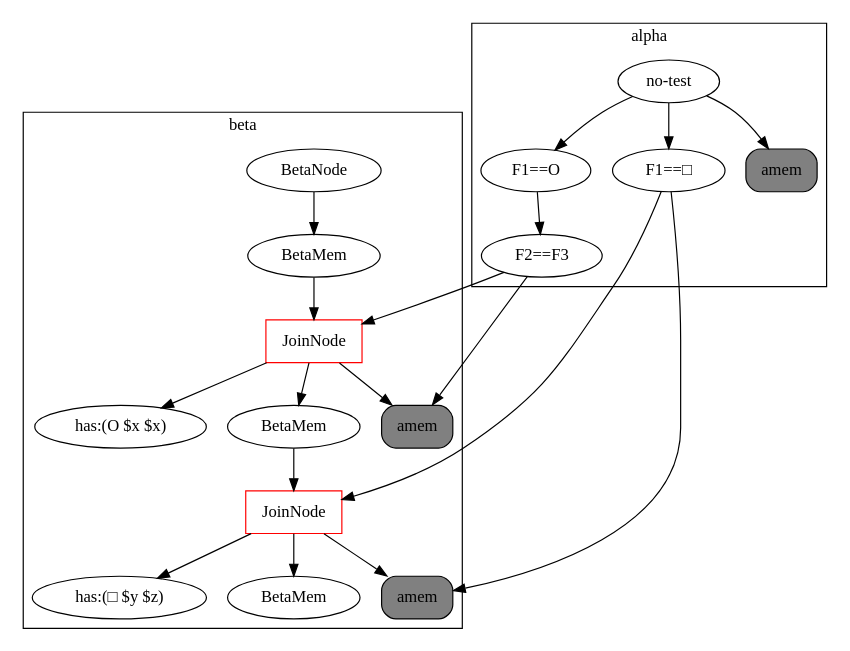
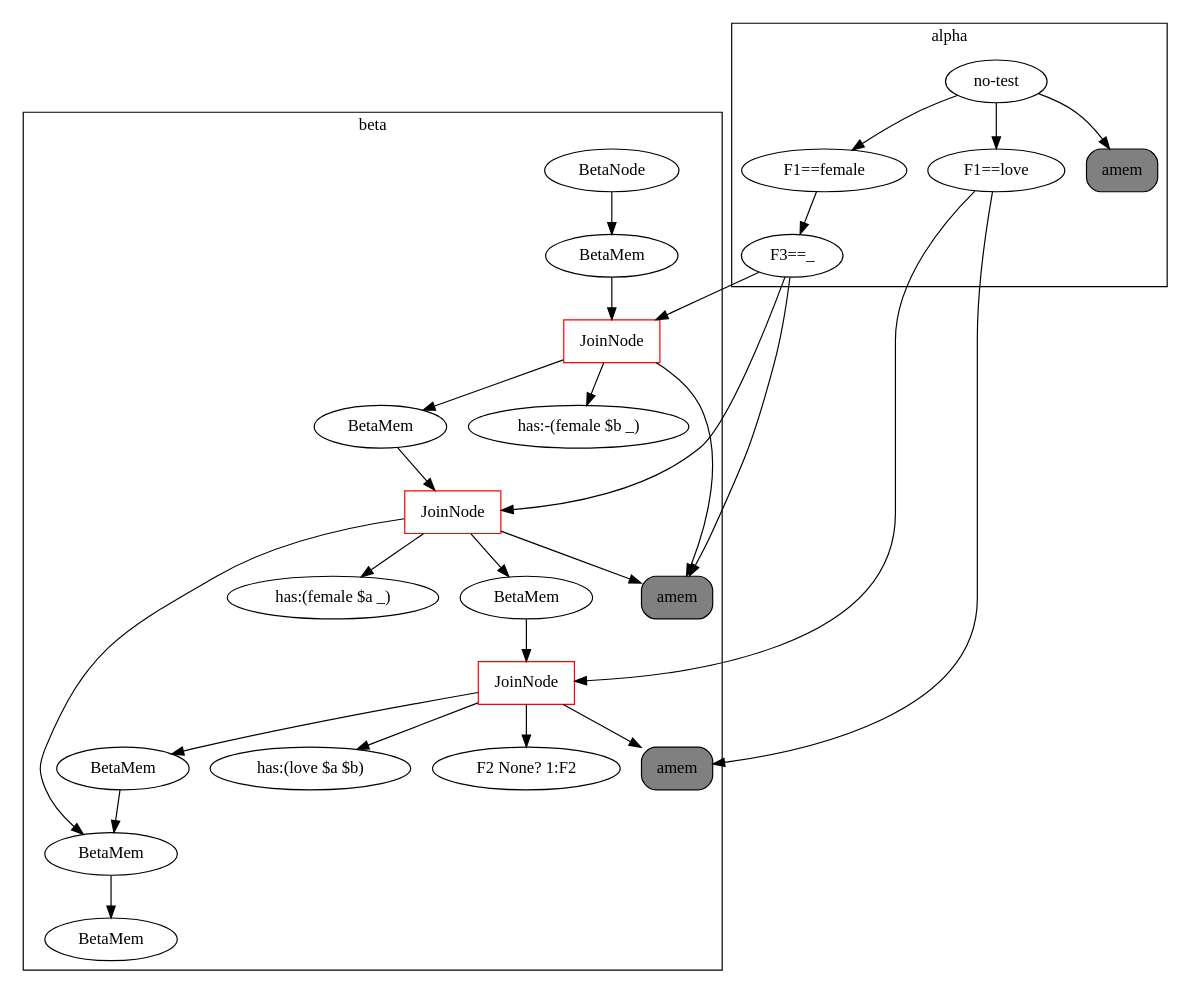
The diagram in genifer6/rete.dot (Cybernetic1/python), drawn with Graphviz before and after one commit. The commit also changed 3 other files, not shown here.

```diff
--- a/genifer6/rete.dot
+++ b/genifer6/rete.dot
@@ -1,36 +1,50 @@
 digraph {
 	subgraph cluster_1 {
 	label = beta
-	"BetaNode 140164080520104" [label="BetaNode"];
-	"BetaMemory 140164080634008" [label="BetaMem"];
-	"BetaNode 140164080520104" -> "BetaMemory 140164080634008";
-	"JoinNode 140164080634288" [label="BetaMem"];
-	"BetaMemory 140164080634008" -> "JoinNode 140164080634288";
-	"JoinNode 140164080634288" [shape=box, color=red, label="JoinNode"];
-	"JoinNode 140164080634288" -> "amem:<rete.alpha.AlphaMemory object at 0x7f7a7e3c8978>"
-	"JoinNode 140164080634288" -> "has:(O $x $x)"
-	"BetaMemory 140164080634344" [label="BetaMem"];
-	"JoinNode 140164080634288" -> "BetaMemory 140164080634344";
-	"JoinNode 140164080634512" [label="BetaMem"];
-	"BetaMemory 140164080634344" -> "JoinNode 140164080634512";
-	"JoinNode 140164080634512" [shape=box, color=red, label="JoinNode"];
-	"JoinNode 140164080634512" -> "amem:<rete.alpha.AlphaMemory object at 0x7f7a7e3c8a58>"
-	"JoinNode 140164080634512" -> "has:(□ $y $z)"
-	"PNode 140164080633952" [label="BetaMem"];
-	"JoinNode 140164080634512" -> "PNode 140164080633952";
+	"BetaNode 140610654359504" [label="BetaNode"];
+	"BetaMemory 140610654477504" [label="BetaMem"];
+	"BetaNode 140610654359504" -> "BetaMemory 140610654477504";
+	"JoinNode 140610654477784" [label="BetaMem"];
+	"BetaMemory 140610654477504" -> "JoinNode 140610654477784";
+	"JoinNode 140610654477784" [shape=box, color=red, label="JoinNode"];
+	"JoinNode 140610654477784" -> "amem:<rete.alpha.AlphaMemory object at 0x7fe2781c9da0>"
+	"JoinNode 140610654477784" -> "has:-(female $b _)"
+	"BetaMemory 140610654477840" [label="BetaMem"];
+	"JoinNode 140610654477784" -> "BetaMemory 140610654477840";
+	"JoinNode 140610654477896" [label="BetaMem"];
+	"BetaMemory 140610654477840" -> "JoinNode 140610654477896";
+	"JoinNode 140610654477896" [shape=box, color=red, label="JoinNode"];
+	"JoinNode 140610654477896" -> "amem:<rete.alpha.AlphaMemory object at 0x7fe2781c9da0>"
+	"JoinNode 140610654477896" -> "has:(female $a _)"
+	"BetaMemory 140610654478008" [label="BetaMem"];
+	"JoinNode 140610654477896" -> "BetaMemory 140610654478008";
+	"JoinNode 140610654478232" [label="BetaMem"];
+	"BetaMemory 140610654478008" -> "JoinNode 140610654478232";
+	"JoinNode 140610654478232" [shape=box, color=red, label="JoinNode"];
+	"JoinNode 140610654478232" -> "amem:<rete.alpha.AlphaMemory object at 0x7fe2781c9f28>"
+	"JoinNode 140610654478232" -> "has:(love $a $b)"
+	"JoinNode 140610654478232" -> "F2 None? 1:F2"
+	"NccPartnerNode 140610654478288" [label="BetaMem"];
+	"JoinNode 140610654478232" -> "NccPartnerNode 140610654478288";
+	"NccPartnerNode 140610654478288" -> "NccNode 140610654477952";
+	"NccNode 140610654477952" [label="BetaMem"];
+	"JoinNode 140610654477896" -> "NccNode 140610654477952";
+	"PNode 140610654477448" [label="BetaMem"];
+	"NccNode 140610654477952" -> "PNode 140610654477448";
 	}
 	subgraph cluster_0 {
 	label = alpha
-	"no-test" -> "F1==O";
-	"F1==O" -> "F2==F3";
-	"F2==F3" -> "amem:<rete.alpha.AlphaMemory object at 0x7f7a7e3c8978>";
-	"amem:<rete.alpha.AlphaMemory object at 0x7f7a7e3c8978>" [shape=box, style="rounded,filled", label="amem", fillcolor=gray];
-	"no-test" -> "F1==□";
-	"F1==□" -> "amem:<rete.alpha.AlphaMemory object at 0x7f7a7e3c8a58>";
-	"amem:<rete.alpha.AlphaMemory object at 0x7f7a7e3c8a58>" [shape=box, style="rounded,filled", label="amem", fillcolor=gray];
-	"no-test" -> "amem:<rete.alpha.AlphaMemory object at 0x7f7a7e3ac828>";
-	"amem:<rete.alpha.AlphaMemory object at 0x7f7a7e3ac828>" [shape=box, style="rounded,filled", label="amem", fillcolor=gray];
+	"no-test" -> "F1==female";
+	"F1==female" -> "F3==_";
+	"F3==_" -> "amem:<rete.alpha.AlphaMemory object at 0x7fe2781c9da0>";
+	"amem:<rete.alpha.AlphaMemory object at 0x7fe2781c9da0>" [shape=box, style="rounded,filled", label="amem", fillcolor=gray];
+	"no-test" -> "F1==love";
+	"F1==love" -> "amem:<rete.alpha.AlphaMemory object at 0x7fe2781c9f28>";
+	"amem:<rete.alpha.AlphaMemory object at 0x7fe2781c9f28>" [shape=box, style="rounded,filled", label="amem", fillcolor=gray];
+	"no-test" -> "amem:<rete.alpha.AlphaMemory object at 0x7fe2781acd30>";
+	"amem:<rete.alpha.AlphaMemory object at 0x7fe2781acd30>" [shape=box, style="rounded,filled", label="amem", fillcolor=gray];
 	}
-	"F2==F3" -> "JoinNode 140164080634288";
-	"F1==□" -> "JoinNode 140164080634512";
+	"F3==_" -> "JoinNode 140610654477784";
+	"F3==_" -> "JoinNode 140610654477896";
+	"F1==love" -> "JoinNode 140610654478232";
 }
```
